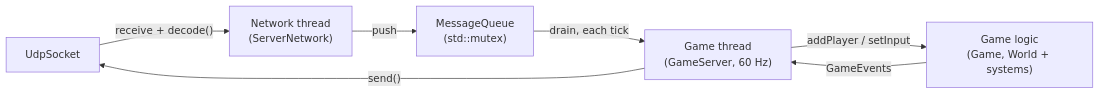
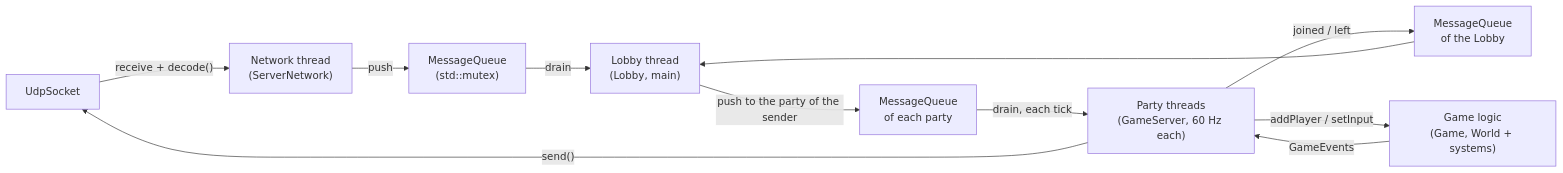
The second of 2 diagrams in docs/mkdocs/protocol/implementation.md (Boz0o0/R-Type), drawn with Mermaid before and after one commit. The commit also changed other lines of this file and 5 other files, not shown here.

````diff
--- a/docs/mkdocs/protocol/implementation.md
+++ b/docs/mkdocs/protocol/implementation.md
@@ -119,9 +119,13 @@
 ```mermaid
 flowchart LR
     Socket["UdpSocket"] -->|"receive + decode()"| Net["Network thread<br/>(ServerNetwork)"]
     Net -->|"push"| Queue["MessageQueue<br/>(std::mutex)"]
-    Queue -->|"drain, each tick"| Server["Game thread<br/>(GameServer, 60 Hz)"]
+    Queue -->|"drain"| Lobby["Lobby thread<br/>(Lobby, main)"]
+    Lobby -->|"push to the party of the sender"| Inbox["MessageQueue<br/>of each party"]
+    Inbox -->|"drain, each tick"| Server["Party threads<br/>(GameServer, 60 Hz each)"]
+    Server -->|"joined / left"| Changes["MessageQueue<br/>of the Lobby"]
+    Changes --> Lobby
     Server -->|"addPlayer / setInput"| Game["Game logic<br/>(Game, World + systems)"]
     Game -->|"GameEvents"| Server
     Server -->|"send()"| Socket
 ```
````
